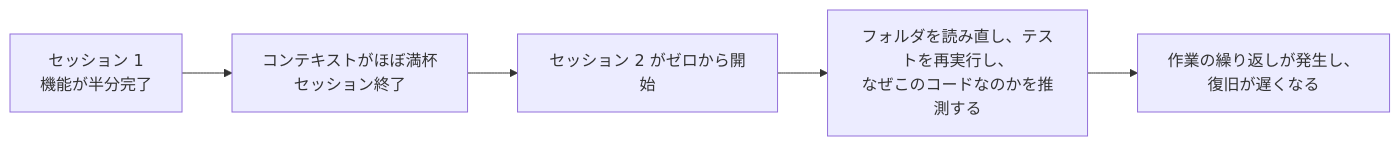
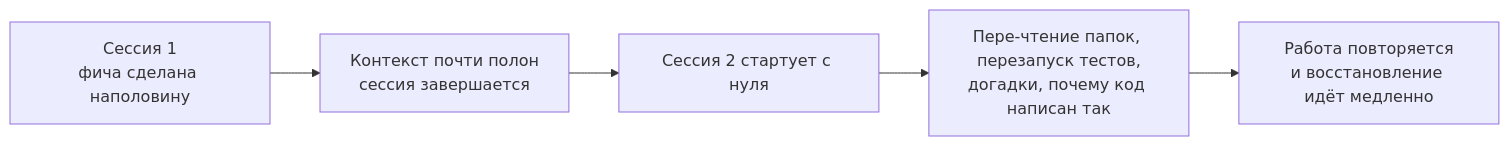
One commit to mkusaka/learn-harness-engineering changed the first of 2 diagrams in docs/ru/lectures/lecture-05-why-long-running-tasks-lose-continuity/index.md. Above: the diagram before and after it, drawn with Mermaid. The commit also changed other lines of this file and 684 other files, not shown here.

````diff
--- a/docs/ru/lectures/lecture-05-why-long-running-tasks-lose-continuity/index.md
+++ b/docs/ru/lectures/lecture-05-why-long-running-tasks-lose-continuity/index.md
@@ -26,7 +26,7 @@
 ```mermaid
 flowchart LR
-    S1["セッション 1<br/>機能が半分完了"] --> End1["コンテキストがほぼ満杯<br/>セッション終了"]
-    End1 --> S2["セッション 2 がゼロから開始"]
-    S2 --> Guess["フォルダを読み直し、テストを再実行し、<br/>なぜこのコードなのかを推測する"]
-    Guess --> Drift["作業の繰り返しが発生し、<br/>復旧が遅くなる"]
+    S1["Сессия 1<br/>фича сделана наполовину"] --> End1["Контекст почти полон<br/>сессия завершается"]
+    End1 --> S2["Сессия 2 стартует с нуля"]
+    S2 --> Guess["Пере-чтение папок, перезапуск тестов,<br/>догадки, почему код написан так"]
+    Guess --> Drift["Работа повторяется<br/>и восстановление идёт медленно"]
 ```
````
